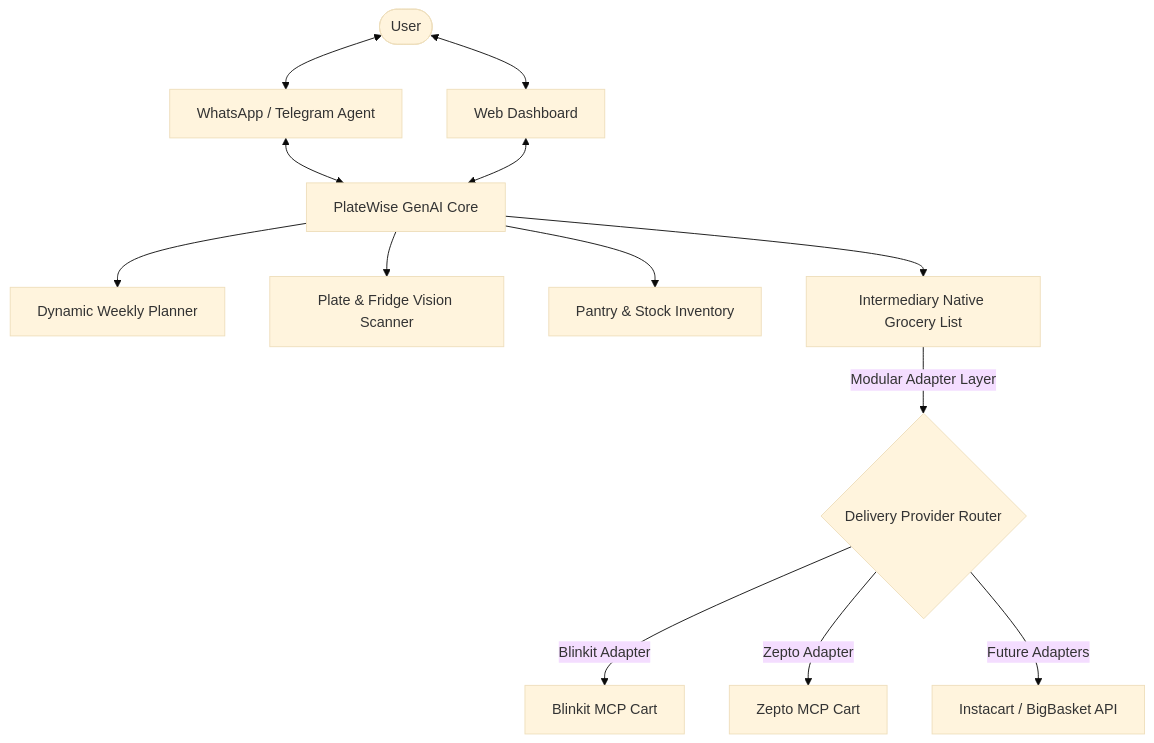
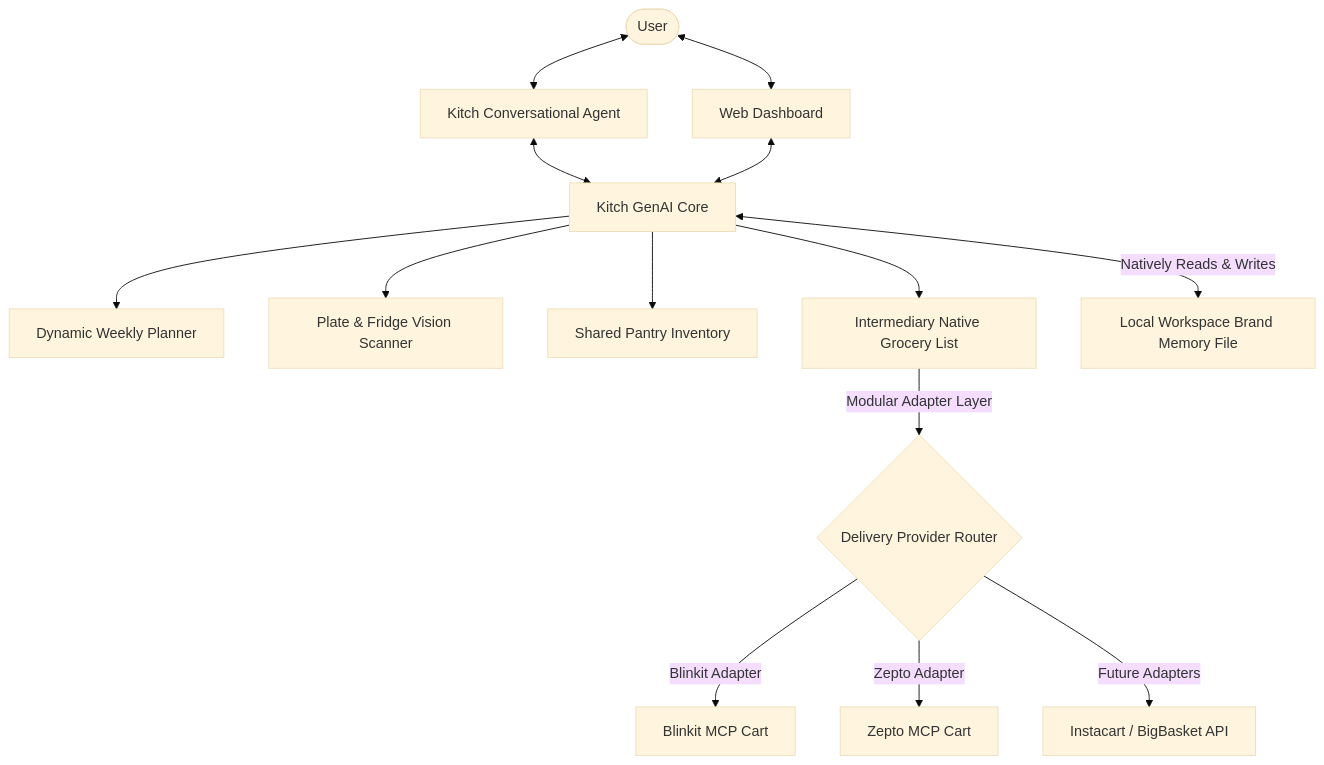
One commit to architworks/meal_and_grocery_agent changed the first of 2 diagrams in vision_and_requirements.md. Above: the diagram before and after it, drawn with Mermaid (base theme). The commit also changed other lines of this file and 17 other files, not shown here.

````diff
--- a/vision_and_requirements.md
+++ b/vision_and_requirements.md
@@ -20,17 +21,18 @@
 ```mermaid
 graph TD
-    User([User]) <--> ChatAgent[WhatsApp / Telegram Agent]
+    User([User]) <--> ChatAgent[Kitch Conversational Agent]
     User <--> WebDash[Web Dashboard]
-    ChatAgent <--> CoreAI[PlateWise GenAI Core]
+    ChatAgent <--> CoreAI[Kitch GenAI Core]
     WebDash <--> CoreAI
     
     CoreAI --> Planner[Dynamic Weekly Planner]
     CoreAI --> VisionEngine[Plate & Fridge Vision Scanner]
-    CoreAI --> PantryStock[Pantry & Stock Inventory]
+    CoreAI --> PantryStock[Shared Pantry Inventory]
     CoreAI --> NativeList[Intermediary Native Grocery List]
+    CoreAI <-->|Natively Reads & Writes| BrandPref[Local Workspace Brand Memory File]
     
     NativeList -->|Modular Adapter Layer| DeliveryRouter{Delivery Provider Router}
     DeliveryRouter -->|Blinkit Adapter| BlinkitMCP[Blinkit MCP Cart]
     DeliveryRouter -->|Zepto Adapter| ZeptoMCP[Zepto MCP Cart]
     DeliveryRouter -->|Future Adapters| OtherAPI[Instacart / BigBasket API]
 ```
````
